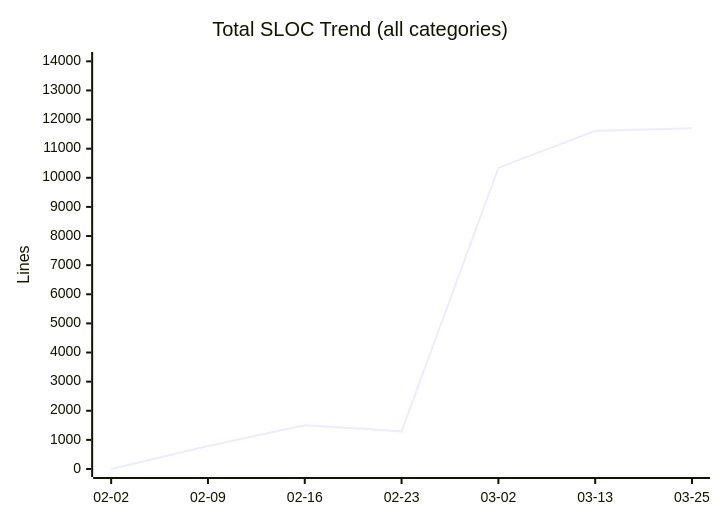
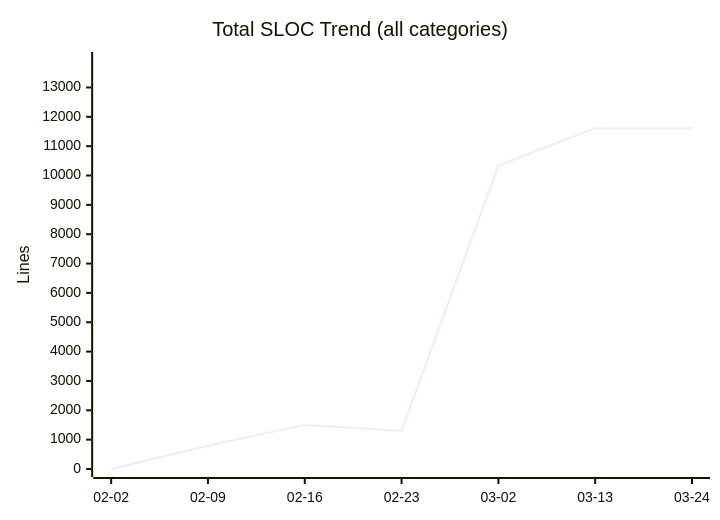
One commit to nablarch/nabledge-dev changed the eighth of 14 diagrams in docs/metrics.md. Above: the diagram before and after it, drawn with Mermaid. The commit also changed other lines of this file, not shown here.

````diff
--- a/docs/metrics.md
+++ b/docs/metrics.md
@@ -109,7 +96,7 @@
 ```mermaid
 xychart-beta
   title "Total SLOC Trend (all categories)"
-  x-axis ["02-02", "02-09", "02-16", "02-23", "03-02", "03-13", "03-25"]
-  y-axis "Lines" 0 --> 14045
-  line [0, 789, 1503, 1293, 10339, 11613, 11704]
+  x-axis ["02-02", "02-09", "02-16", "02-23", "03-02", "03-13", "03-24"]
+  y-axis "Lines" 0 --> 13936
+  line [0, 789, 1503, 1293, 10339, 11613, 11613]
 ```
````
